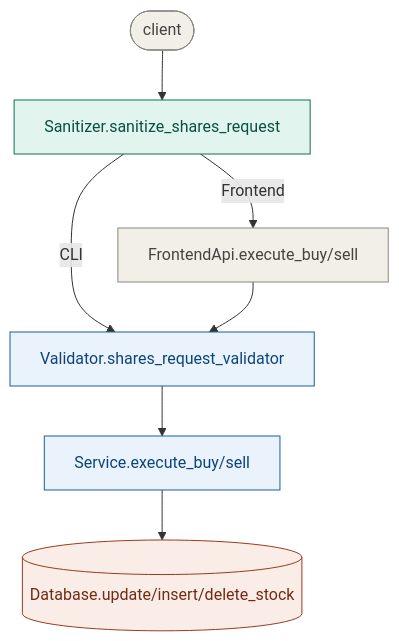
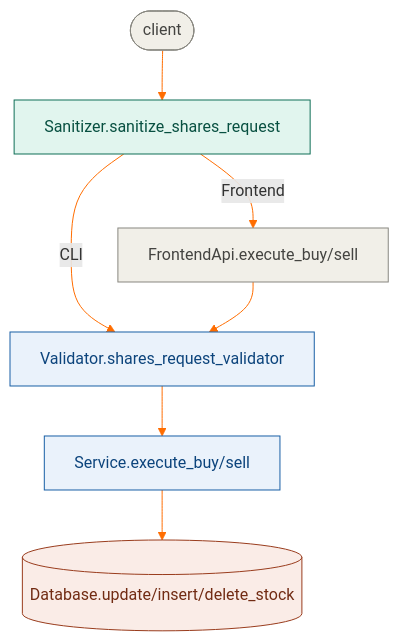
The sixth of 6 diagrams in images/mermaid-source.md (Aditi1900/investment-app), drawn with Mermaid before and after one commit. The commit also changed other lines of this file and 12 other files, not shown here.

Commit message:
changed mermaid source and images arrows to a clear orange

````diff
--- a/images/mermaid-source.md
+++ b/images/mermaid-source.md
@@ -127,17 +167,23 @@
 ```mermaid
 flowchart TD
     A([client])
     A --> B[Sanitizer.sanitize_shares_request]
     B -->|CLI| D[Validator.shares_request_validator]
     B -->|Frontend| C[FrontendApi.execute_buy/sell]
     C --> D
     D --> E[Service.execute_buy/sell]
     E --> F[(Database.update/insert/delete_stock)]
 
     style A fill:#F1EFE8,stroke:#888780,color:#444441
     style B fill:#E1F5EE,stroke:#0F6E56,color:#085041
     style C fill:#F1EFE8,stroke:#888780,color:#444441
     style D fill:#EAF2FB,stroke:#185FA5,color:#0C447C
     style E fill:#EAF2FB,stroke:#185FA5,color:#0C447C
     style F fill:#FAECE7,stroke:#993C1D,color:#712B13
+    linkStyle 0 stroke:#FF6D00,fill:none
+    linkStyle 1 stroke:#FF6D00,fill:none
+    linkStyle 2 stroke:#FF6D00,fill:none
+    linkStyle 3 stroke:#FF6D00,fill:none
+    linkStyle 4 stroke:#FF6D00,fill:none
+    linkStyle 5 stroke:#FF6D00
 ```
````
